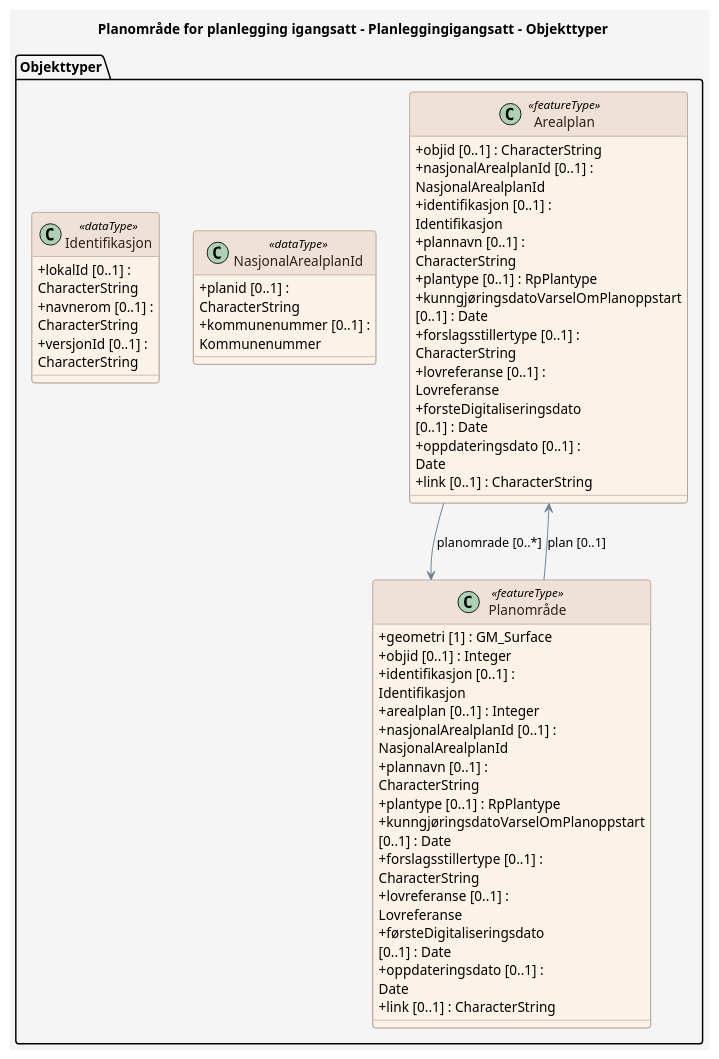
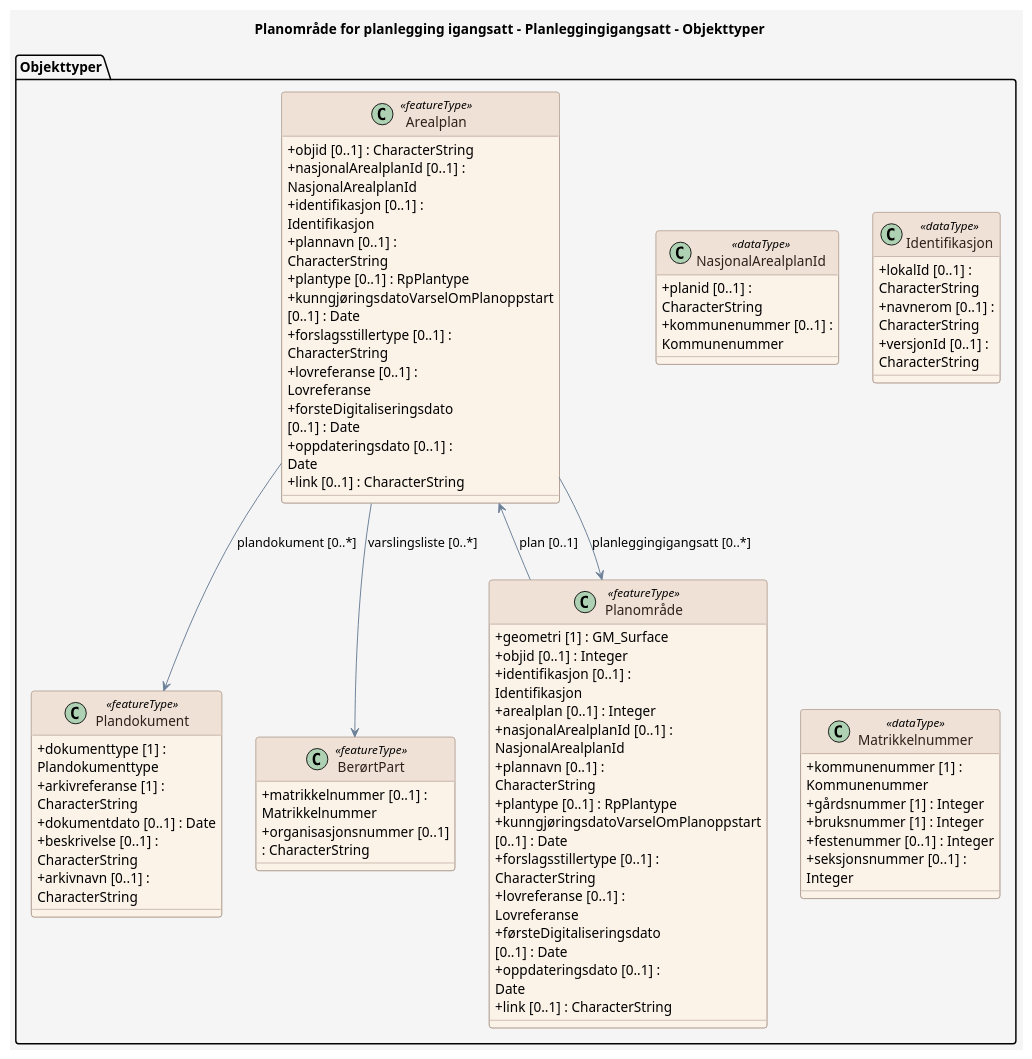
Before and after one commit to Arkitektum/produktspesifikasjon_demo: the diagram in produktspesifikasjon/planomrade-for-planlegging-igangsatt/planleggingigangsatt/planleggingigangsatt_feature_catalogue.puml, drawn with PlantUML. The commit also changed 15 other files, not shown here.

```diff
--- a/produktspesifikasjon/planomrade-for-planlegging-igangsatt/planleggingigangsatt/planleggingigangsatt_feature_catalogue.puml
+++ b/produktspesifikasjon/planomrade-for-planlegging-igangsatt/planleggingigangsatt/planleggingigangsatt_feature_catalogue.puml
@@ -1,78 +1,101 @@
 @startuml
 ' For wide diagrams, render with: plantuml -DPLANTUML_LIMIT_SIZE=16384 ...
 ' The 'scale max' directive below caps the rendered output to prevent the
 ' default PlantUML 4096px size limit from cropping the diagram.
 scale max 4000*4000
 
 title Planområde for planlegging igangsatt - Planleggingigangsatt - Objekttyper
 
 skinparam backgroundColor #F5F5F5
 skinparam shadowing false
 skinparam RoundCorner 6
 skinparam ArrowColor #6C8198
 skinparam wrapWidth 200
 skinparam class {
   BackgroundColor #FBF2E8
   BorderColor #9C8578
   FontColor #2D201A
   HeaderBackgroundColor #EFE1D6
   HeaderFontColor #2D201A
   AttributeIconSize 0
 }
 skinparam note {
   BackgroundColor #FFFFFF
   BorderColor #6C8198
   FontColor #2D201A
 }
 skinparam stereotypeCBackgroundColor #EAD9CE
 skinparam stereotypeCBorderColor #9C8578
 skinparam stereotypeCFontColor #2D201A
 
 package "Objekttyper" {
 
   class Arealplan <<featureType>> {
     + objid [0..1] : CharacterString
     + nasjonalArealplanId [0..1] : NasjonalArealplanId
     + identifikasjon [0..1] : Identifikasjon
     + plannavn [0..1] : CharacterString
     + plantype [0..1] : RpPlantype
     + kunngjøringsdatoVarselOmPlanoppstart [0..1] : Date
     + forslagsstillertype [0..1] : CharacterString
     + lovreferanse [0..1] : Lovreferanse
     + forsteDigitaliseringsdato [0..1] : Date
     + oppdateringsdato [0..1] : Date
     + link [0..1] : CharacterString
   }
 
   class "Planområde" as Planomr_de <<featureType>> {
     + geometri [1] : GM_Surface
     + objid [0..1] : Integer
     + identifikasjon [0..1] : Identifikasjon
     + arealplan [0..1] : Integer
     + nasjonalArealplanId [0..1] : NasjonalArealplanId
     + plannavn [0..1] : CharacterString
     + plantype [0..1] : RpPlantype
     + kunngjøringsdatoVarselOmPlanoppstart [0..1] : Date
     + forslagsstillertype [0..1] : CharacterString
     + lovreferanse [0..1] : Lovreferanse
     + førsteDigitaliseringsdato [0..1] : Date
     + oppdateringsdato [0..1] : Date
     + link [0..1] : CharacterString
   }
 
+  class Plandokument <<featureType>> {
+    + dokumenttype [1] : Plandokumenttype
+    + arkivreferanse [1] : CharacterString
+    + dokumentdato [0..1] : Date
+    + beskrivelse [0..1] : CharacterString
+    + arkivnavn [0..1] : CharacterString
+  }
+
+  class "BerørtPart" as Ber_rtPart <<featureType>> {
+    + matrikkelnummer [0..1] : Matrikkelnummer
+    + organisasjonsnummer [0..1] : CharacterString
+  }
+
   class NasjonalArealplanId <<dataType>> {
     + planid [0..1] : CharacterString
     + kommunenummer [0..1] : Kommunenummer
   }
 
   class Identifikasjon <<dataType>> {
     + lokalId [0..1] : CharacterString
     + navnerom [0..1] : CharacterString
     + versjonId [0..1] : CharacterString
   }
+
+  class Matrikkelnummer <<dataType>> {
+    + kommunenummer [1] : Kommunenummer
+    + gårdsnummer [1] : Integer
+    + bruksnummer [1] : Integer
+    + festenummer [0..1] : Integer
+    + seksjonsnummer [0..1] : Integer
+  }
 }
 
-  Arealplan --> Planomr_de : planomrade [0..*]
+  Arealplan --> Planomr_de : planleggingigangsatt [0..*]
+  Arealplan --> Plandokument : plandokument [0..*]
+  Arealplan --> Ber_rtPart : varslingsliste [0..*]
   Planomr_de --> Arealplan : plan [0..1]
 
 @enduml
```
